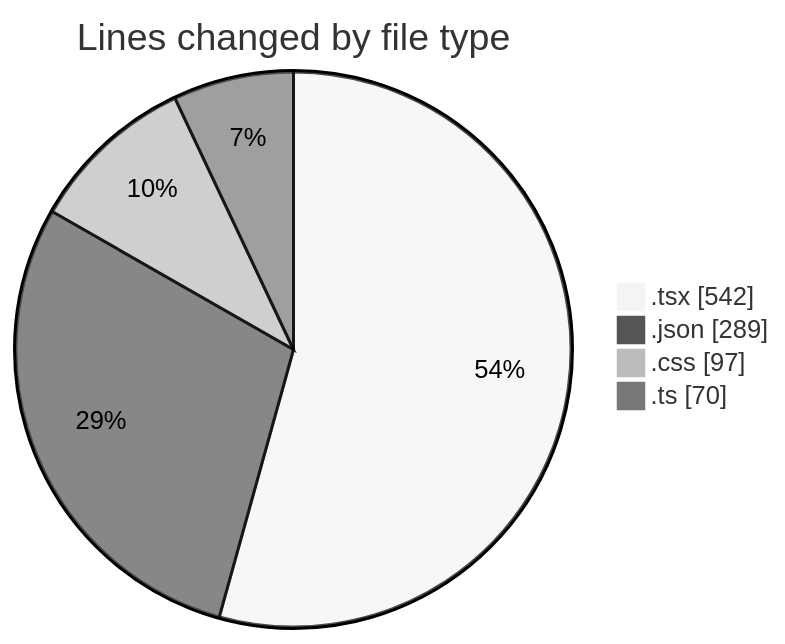
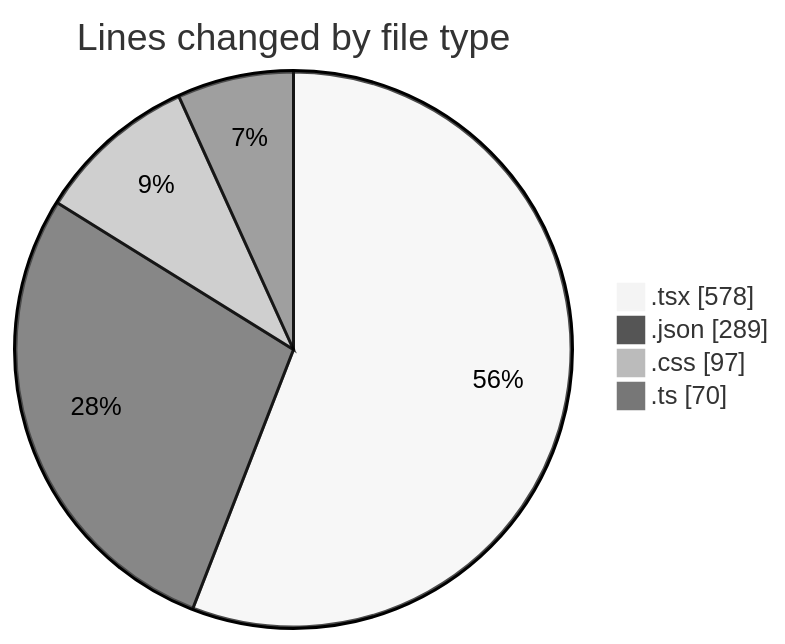
One commit to Elitesun/code-tracking changed the first of 2 diagrams in 2025-05-04/niten/README.md. Above: the diagram before and after it, drawn with Mermaid (neutral theme). The commit also changed other lines of this file and 1 other file, not shown here.

````diff
--- a/2025-05-04/niten/README.md
+++ b/2025-05-04/niten/README.md
@@ -34,8 +34,8 @@
 ```mermaid
 pie showData
 title Lines changed by file type
-".tsx" : 542
+".tsx" : 578
 ".json" : 289
 ".css" : 97
 ".ts" : 70
 ```
````
